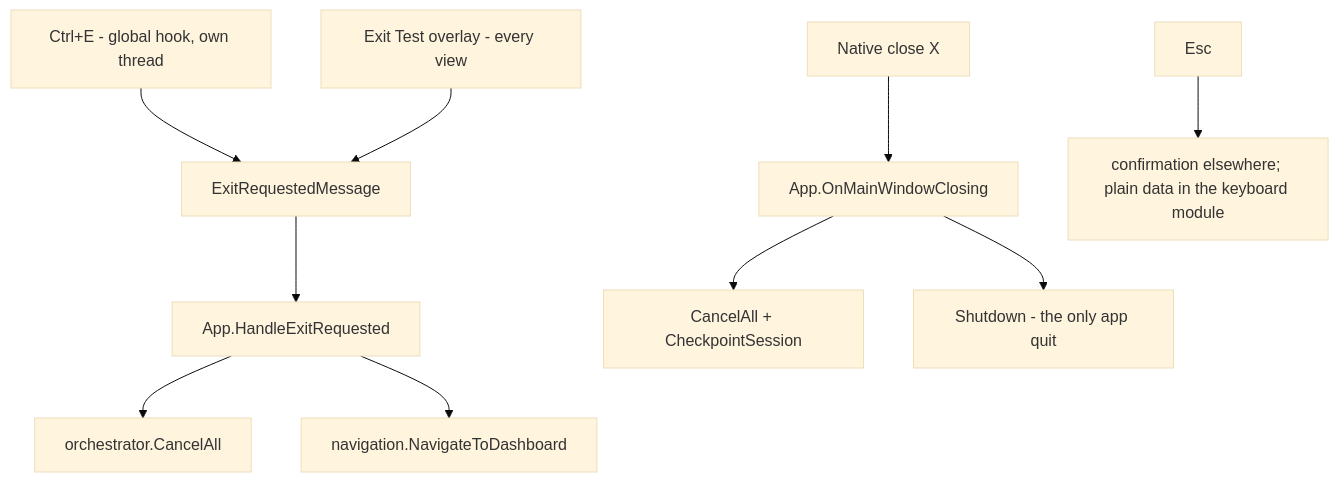
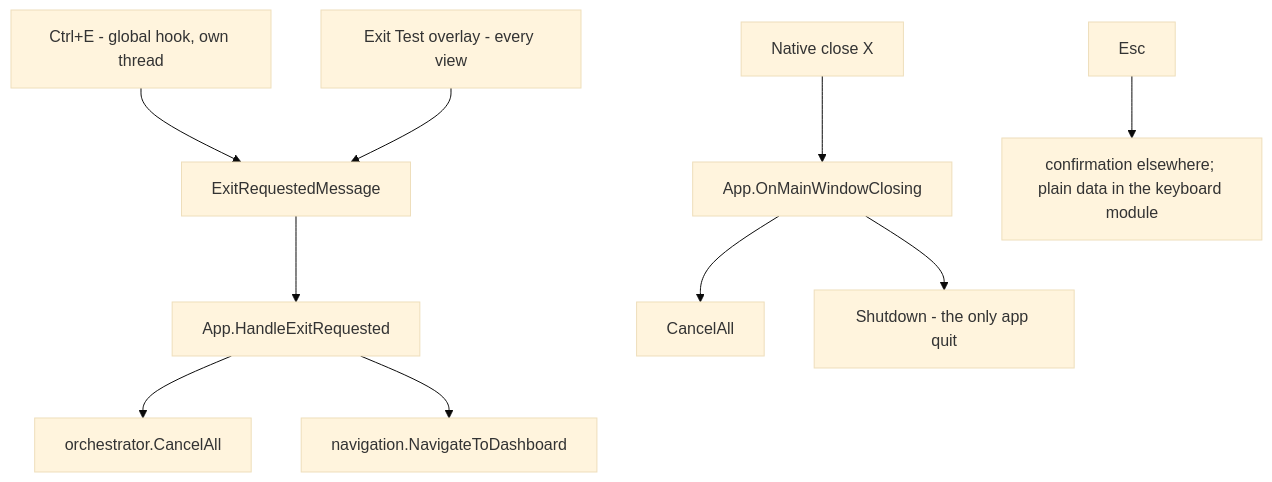
One commit to Krasen007/HardwareAuditToolkit changed the diagram in lode/architecture/exit-and-navigation.md. Above: the diagram before and after it, drawn with Mermaid (base theme). The commit also changed 15 other files, not shown here.

````diff
--- a/lode/architecture/exit-and-navigation.md
+++ b/lode/architecture/exit-and-navigation.md
@@ -9,12 +9,12 @@
 ```mermaid
 graph TD
     K[Ctrl+E - global hook, own thread] --> M[ExitRequestedMessage]
     B[Exit Test overlay - every view] --> M
     M --> H[App.HandleExitRequested]
     H --> CA[orchestrator.CancelAll]
     H --> ND[navigation.NavigateToDashboard]
     X[Native close X] --> OC[App.OnMainWindowClosing]
-    OC --> CA2[CancelAll + CheckpointSession]
+    OC --> CA2[CancelAll]
     OC --> SD[Shutdown - the only app quit]
     ESC[Esc] --> NOTE[confirmation elsewhere; plain data in the keyboard module]
 ```
````
